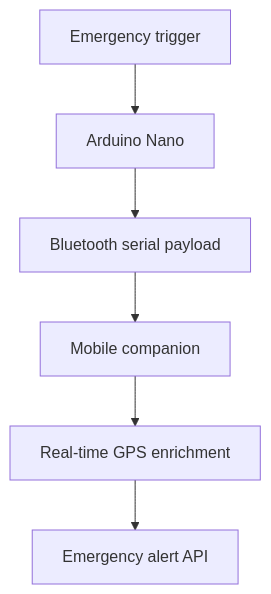
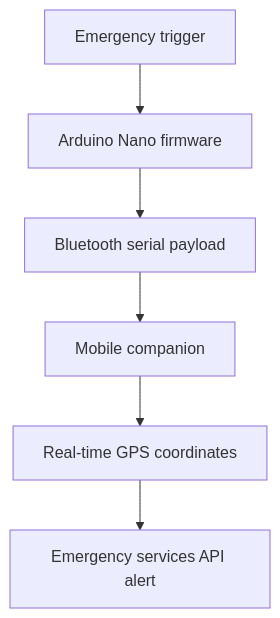
One commit to danielmasp/froz-kit changed the diagram in README.md. Above: the diagram before and after it, drawn with Mermaid. The commit also changed other lines of this file, not shown here.

````diff
--- a/README.md
+++ b/README.md
@@ -21,8 +21,8 @@
 ```mermaid
 flowchart TD
-    A[Emergency trigger] --> B[Arduino Nano]
+    A[Emergency trigger] --> B[Arduino Nano firmware]
     B --> C[Bluetooth serial payload]
     C --> D[Mobile companion]
-    D --> E[Real-time GPS enrichment]
-    E --> F[Emergency alert API]
+    D --> E[Real-time GPS coordinates]
+    E --> F[Emergency services API alert]
 ```
````
